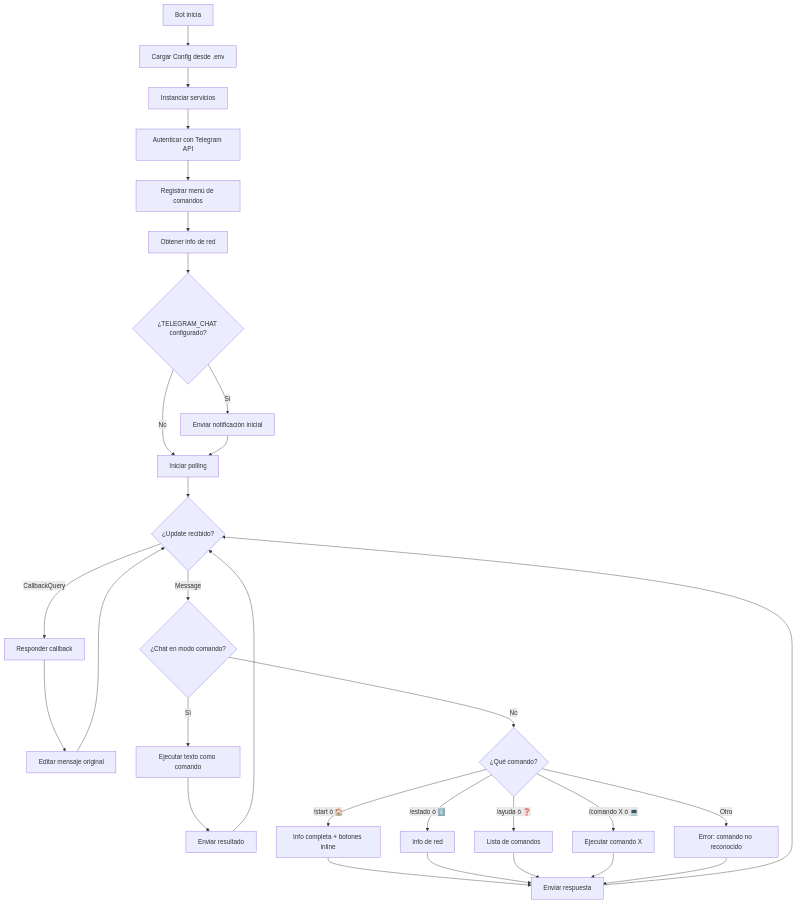
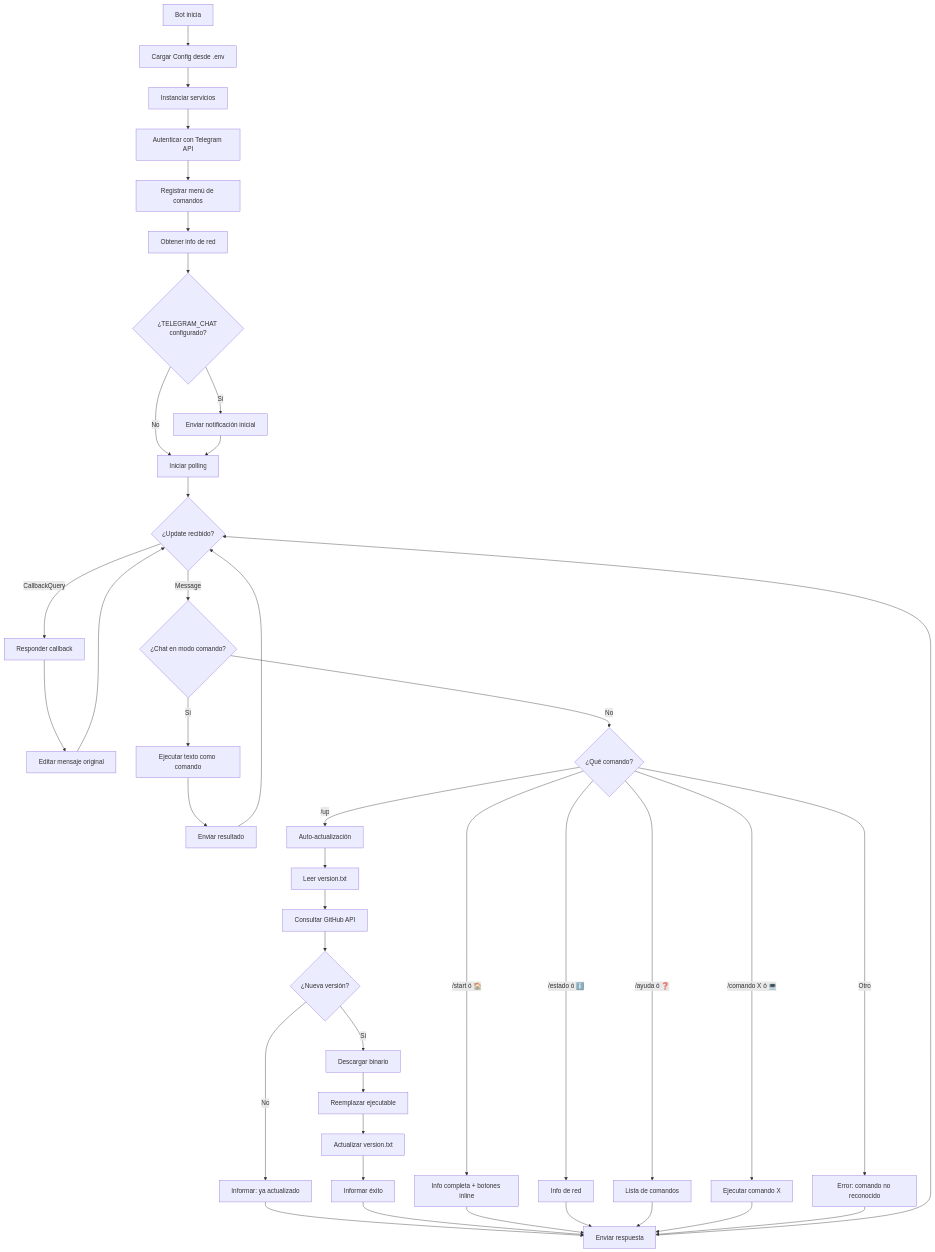
Before and after one commit to MartinCiro/telegram_go: the second of 3 diagrams in README.md, drawn with Mermaid. The commit also changed other lines of this file and 9 other files, not shown here.

````diff
--- a/README.md
+++ b/README.md
@@ -192,35 +296,46 @@
 ```mermaid
 graph TD
     A[Bot inicia] --> B[Cargar Config desde .env]
     B --> C[Instanciar servicios]
     C --> D[Autenticar con Telegram API]
     D --> E[Registrar menú de comandos]
     E --> F[Obtener info de red]
     F --> G{¿TELEGRAM_CHAT configurado?}
     G -->|Sí| H[Enviar notificación inicial]
     G -->|No| I[Iniciar polling]
     H --> I
     
     I --> J{¿Update recibido?}
     J -->|CallbackQuery| K[Responder callback]
     K --> L[Editar mensaje original]
     L --> J
     
     J -->|Message| M{¿Chat en modo comando?}
     M -->|Sí| N[Ejecutar texto como comando]
     N --> O[Enviar resultado]
     O --> J
     
     M -->|No| P{¿Qué comando?}
     P -->|/start ó 🏠| Q[Info completa + botones inline]
     P -->|/estado ó ℹ️| R[Info de red]
     P -->|/ayuda ó ❓| S[Lista de comandos]
     P -->|/comando X ó 💻| T[Ejecutar comando X]
+    P -->|/up| U[Auto-actualización]
+    U --> U1[Leer version.txt]
+    U1 --> U2[Consultar GitHub API]
+    U2 --> U3{¿Nueva versión?}
+    U3 -->|No| U4[Informar: ya actualizado]
+    U3 -->|Sí| U5[Descargar binario]
+    U5 --> U6[Reemplazar ejecutable]
+    U6 --> U7[Actualizar version.txt]
+    U7 --> U8[Informar éxito]
+    U4 --> W
+    U8 --> W
     P -->|Otro| V[Error: comando no reconocido]
     Q --> W[Enviar respuesta]
     R --> W
     S --> W
     T --> W
     V --> W
     W --> J
 ```
````
